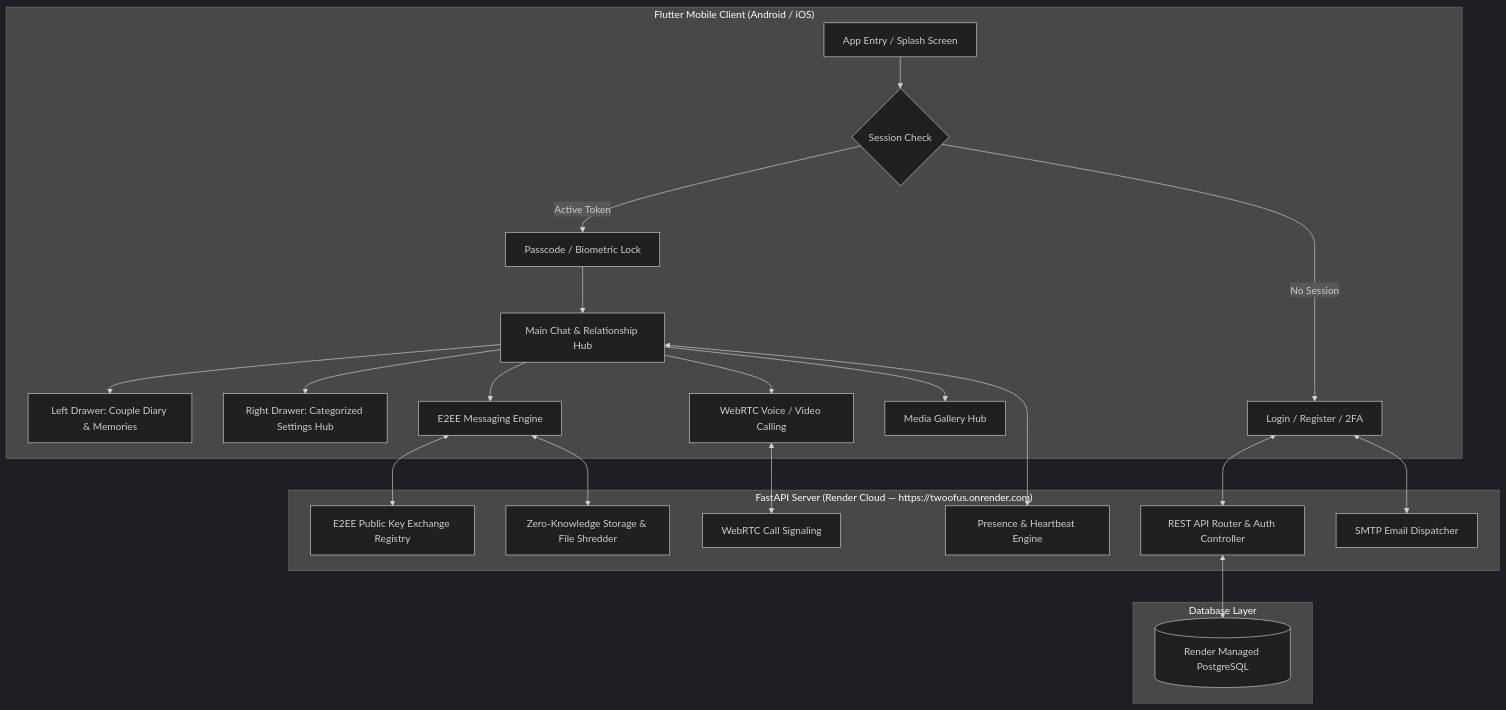
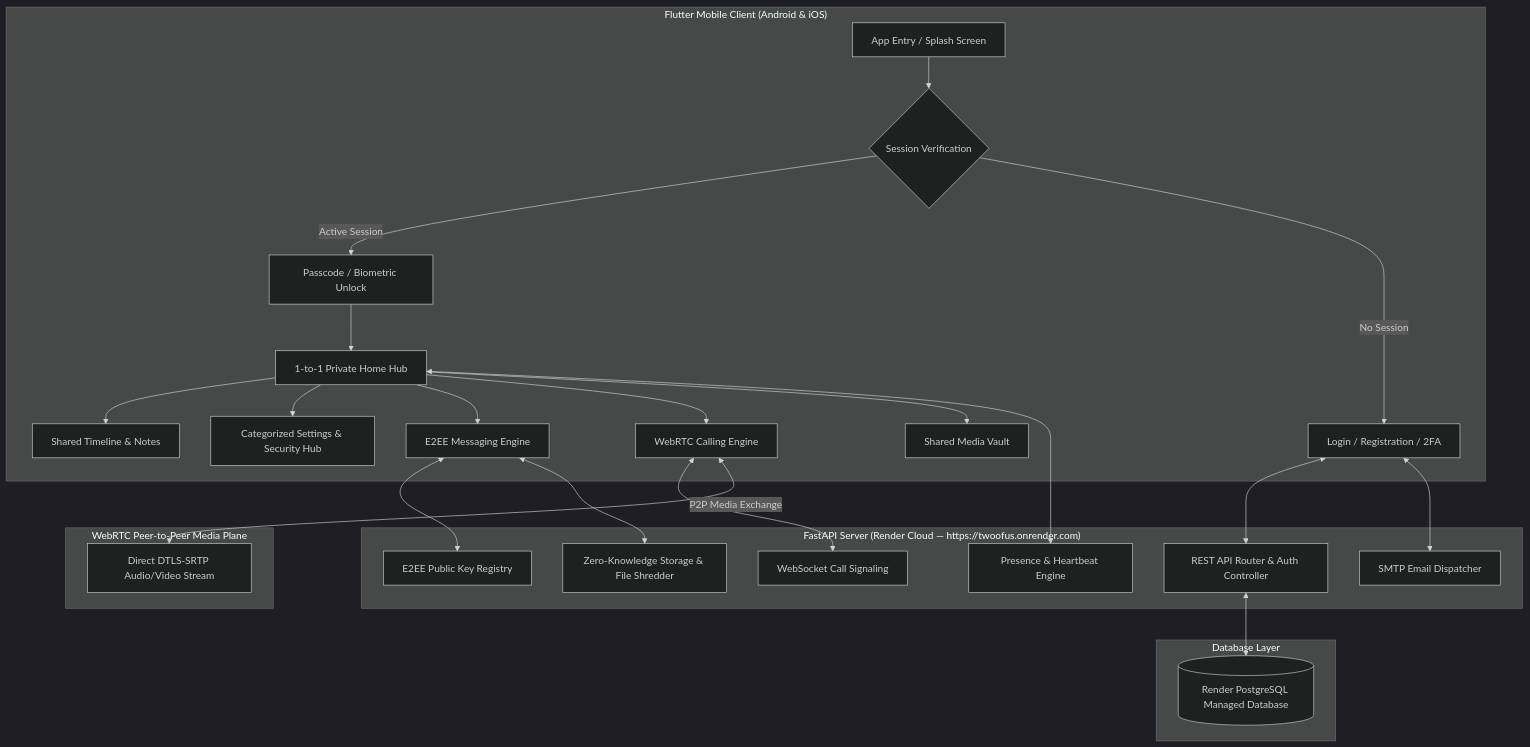
One commit to aradhyags7/TwoOfUs changed the diagram in README.md. Above: the diagram before and after it, drawn with Mermaid (dark theme). The commit also changed other lines of this file, not shown here.

Commit message:
docs(readme): modernize GitHub README with universal 1-to-1 privacy positioning and professional aesthetic

````diff
--- a/README.md
+++ b/README.md
@@ -66,36 +82,41 @@
 ```mermaid
 graph TD
-    subgraph "Flutter Mobile Client (Android / iOS)"
-        A[App Entry / Splash Screen] --> B{Session Check}
-        B -->|Active Token| C[Passcode / Biometric Lock]
-        B -->|No Session| D[Login / Register / 2FA]
-        C --> E[Main Chat & Relationship Hub]
+    subgraph "Flutter Mobile Client (Android & iOS)"
+        A[App Entry / Splash Screen] --> B{Session Verification}
+        B -->|Active Session| C[Passcode / Biometric Unlock]
+        B -->|No Session| D[Login / Registration / 2FA]
+        C --> E[1-to-1 Private Home Hub]
         
-        E --> F[Left Drawer: Couple Diary & Memories]
-        E --> G[Right Drawer: Categorized Settings Hub]
+        E --> F[Shared Timeline & Notes]
+        E --> G[Categorized Settings & Security Hub]
         E --> H[E2EE Messaging Engine]
-        E --> I[WebRTC Voice / Video Calling]
-        E --> J[Media Gallery Hub]
+        E --> I[WebRTC Calling Engine]
+        E --> J[Shared Media Vault]
     end
 
     subgraph "FastAPI Server (Render Cloud — https://twoofus.onrender.com)"
         K[REST API Router & Auth Controller]
-        L[E2EE Public Key Exchange Registry]
+        L[E2EE Public Key Registry]
         M[Presence & Heartbeat Engine]
         N[SMTP Email Dispatcher]
         O[Zero-Knowledge Storage & File Shredder]
-        P[WebRTC Call Signaling]
+        P[WebSocket Call Signaling]
     end
 
     subgraph "Database Layer"
-        Q[(Render Managed PostgreSQL)]
+        Q[(Render PostgreSQL Managed Database)]
+    end
+
+    subgraph "WebRTC Peer-to-Peer Media Plane"
+        R[Direct DTLS-SRTP Audio/Video Stream]
     end
 
     D <--> K
     H <--> L
     E <--> M
     D <--> N
     H <--> O
     I <--> P
     K <--> Q
+    I <-->|P2P Media Exchange| R
 ```
````
